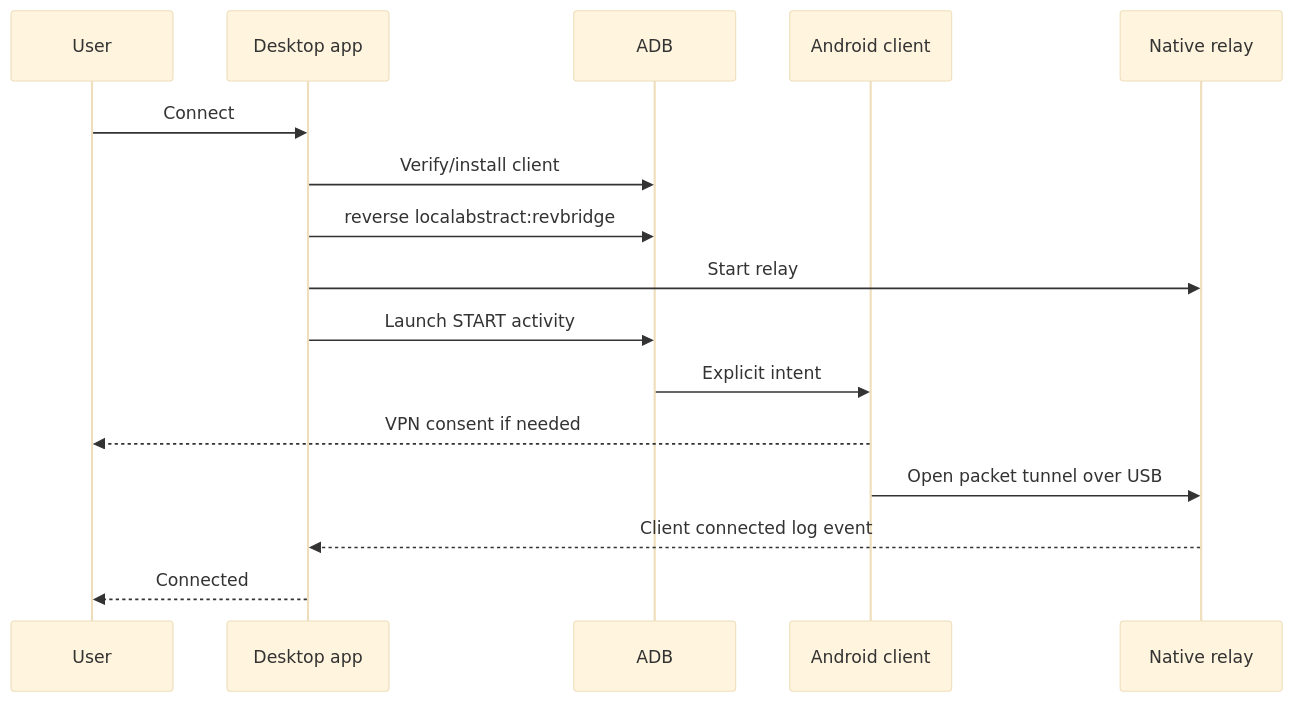
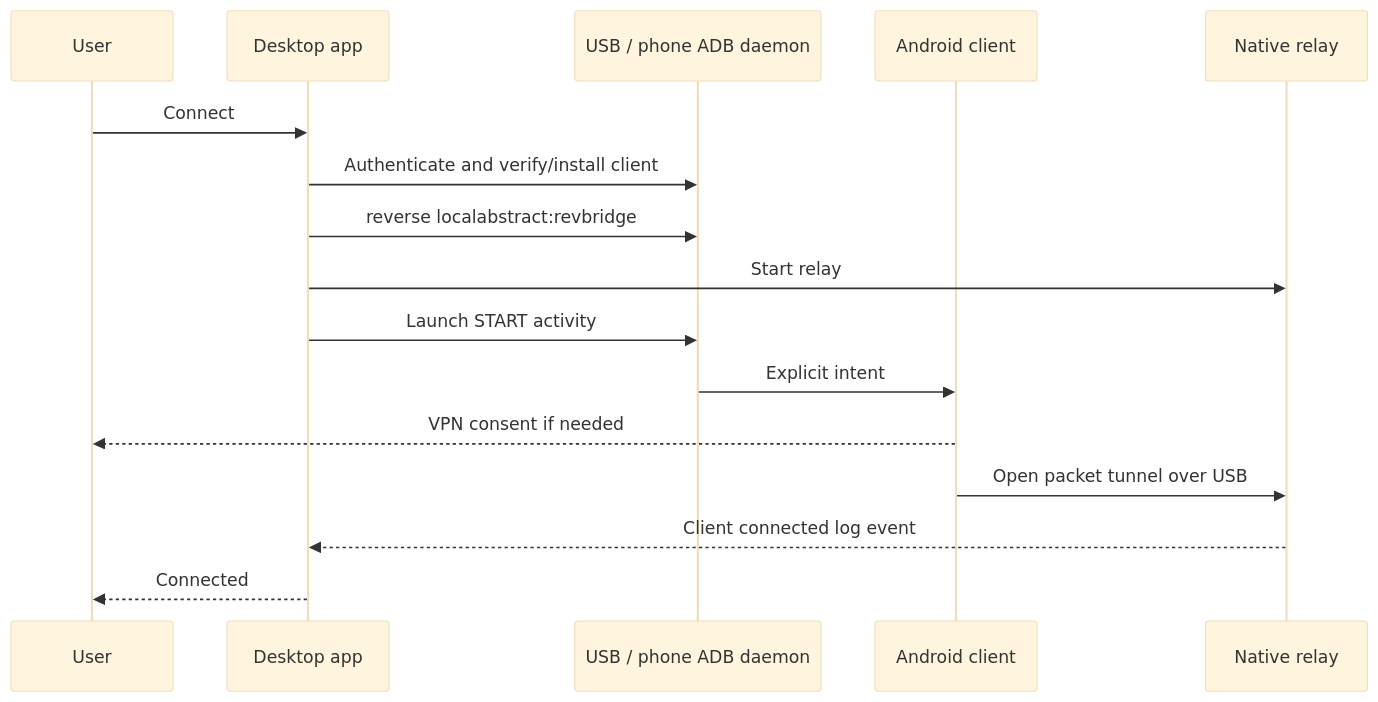
Before and after one commit to Innocent254/revbridge: the diagram in docs/ARCHITECTURE.md, drawn with Mermaid (base theme). The commit also changed other lines of this file and 17 other files, not shown here.

````diff
--- a/docs/ARCHITECTURE.md
+++ b/docs/ARCHITECTURE.md
@@ -32,19 +32,19 @@
 ```mermaid
 sequenceDiagram
     participant U as User
     participant D as Desktop app
-    participant A as ADB
+    participant A as USB / phone ADB daemon
     participant C as Android client
     participant R as Native relay
 
     U->>D: Connect
-    D->>A: Verify/install client
+    D->>A: Authenticate and verify/install client
     D->>A: reverse localabstract:revbridge
     D->>R: Start relay
     D->>A: Launch START activity
     A->>C: Explicit intent
     C-->>U: VPN consent if needed
     C->>R: Open packet tunnel over USB
     R-->>D: Client connected log event
     D-->>U: Connected
 ```
````
